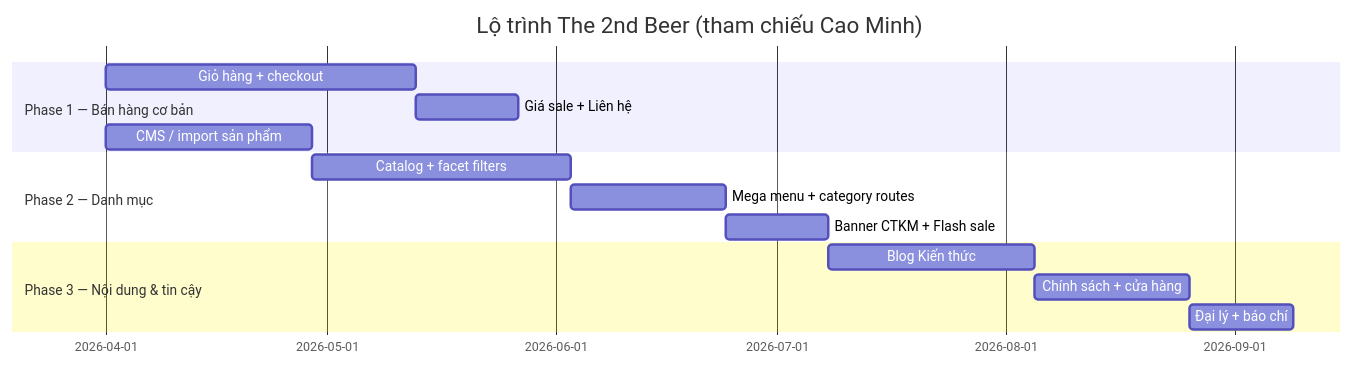
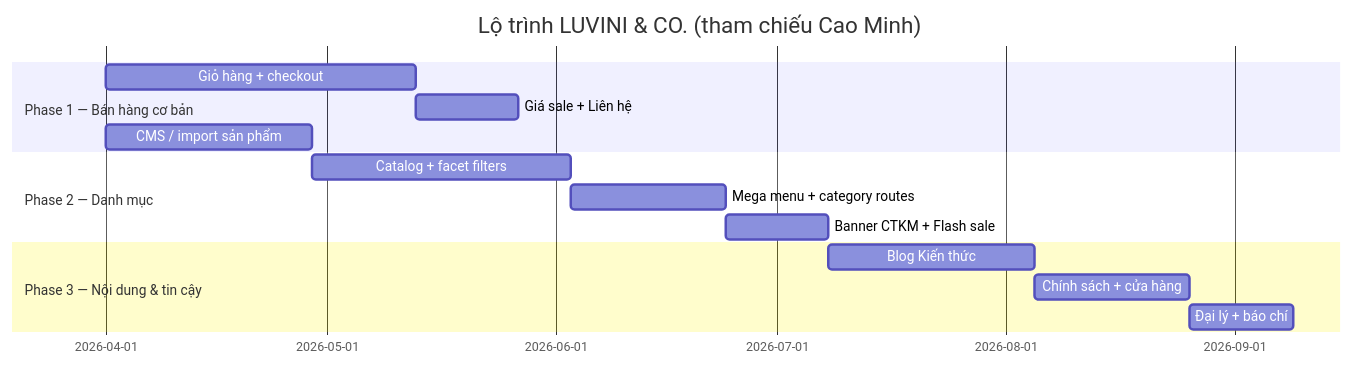
One commit to banxavi/the2ndbeer changed the eighth of 10 diagrams in DEMO.md. Above: the diagram before and after it, drawn with Mermaid. The commit also changed other lines of this file and 22 other files, not shown here.

````diff
--- a/DEMO.md
+++ b/DEMO.md
@@ -395,17 +425,17 @@
 ```mermaid
 gantt
-  title Lộ trình The 2nd Beer (tham chiếu Cao Minh)
+  title Lộ trình LUVINI & CO. (tham chiếu Cao Minh)
   dateFormat YYYY-MM
   section Phase 1 — Bán hàng cơ bản
   Giỏ hàng + checkout           :p1a, 2026-04, 6w
   Giá sale + Liên hệ            :p1b, after p1a, 2w
   CMS / import sản phẩm         :p1c, 2026-04, 4w
   section Phase 2 — Danh mục
   Catalog + facet filters       :p2a, after p1c, 5w
   Mega menu + category routes   :p2b, after p2a, 3w
   Banner CTKM + Flash sale      :p2c, after p2b, 2w
   section Phase 3 — Nội dung & tin cậy
   Blog Kiến thức                :p3a, after p2c, 4w
   Chính sách + cửa hàng         :p3b, after p3a, 3w
   Đại lý + báo chí              :p3c, after p3b, 2w
 ```
````
